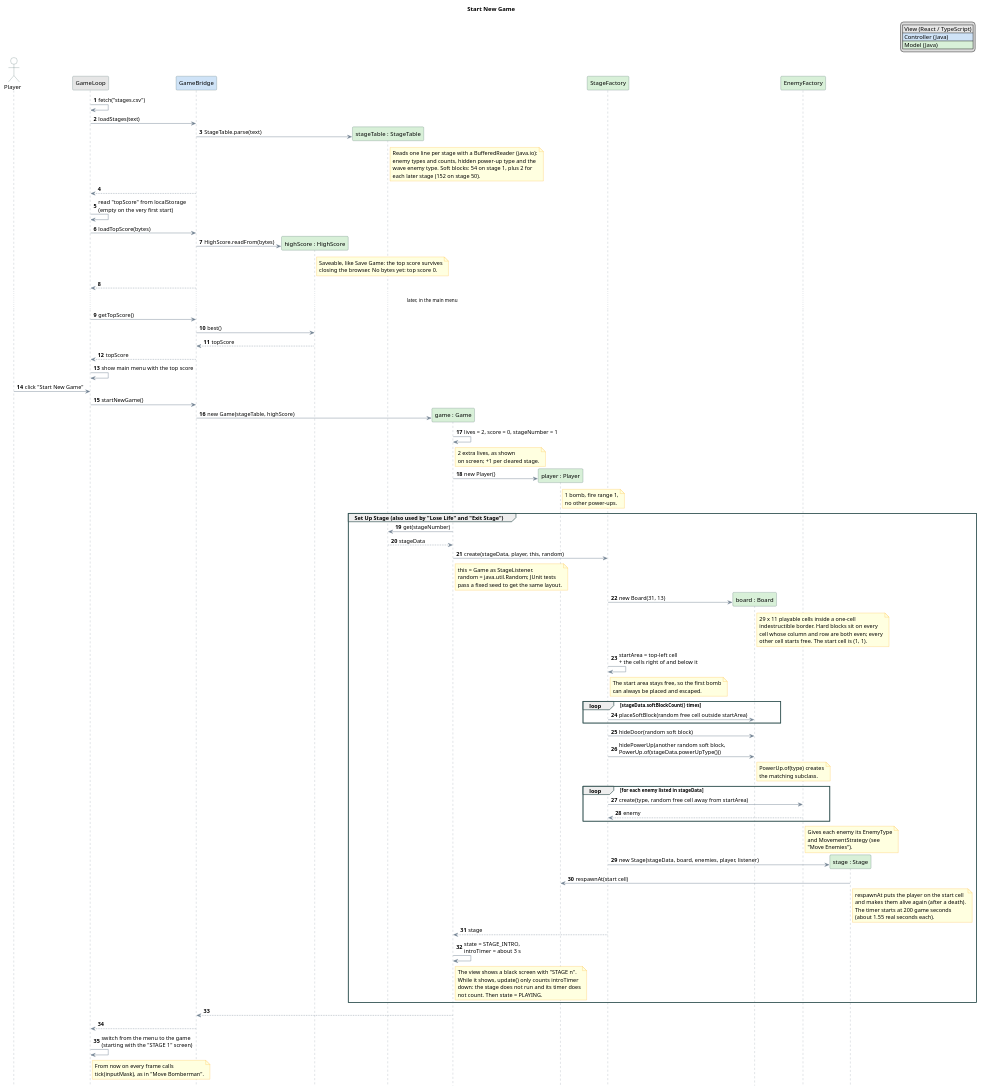
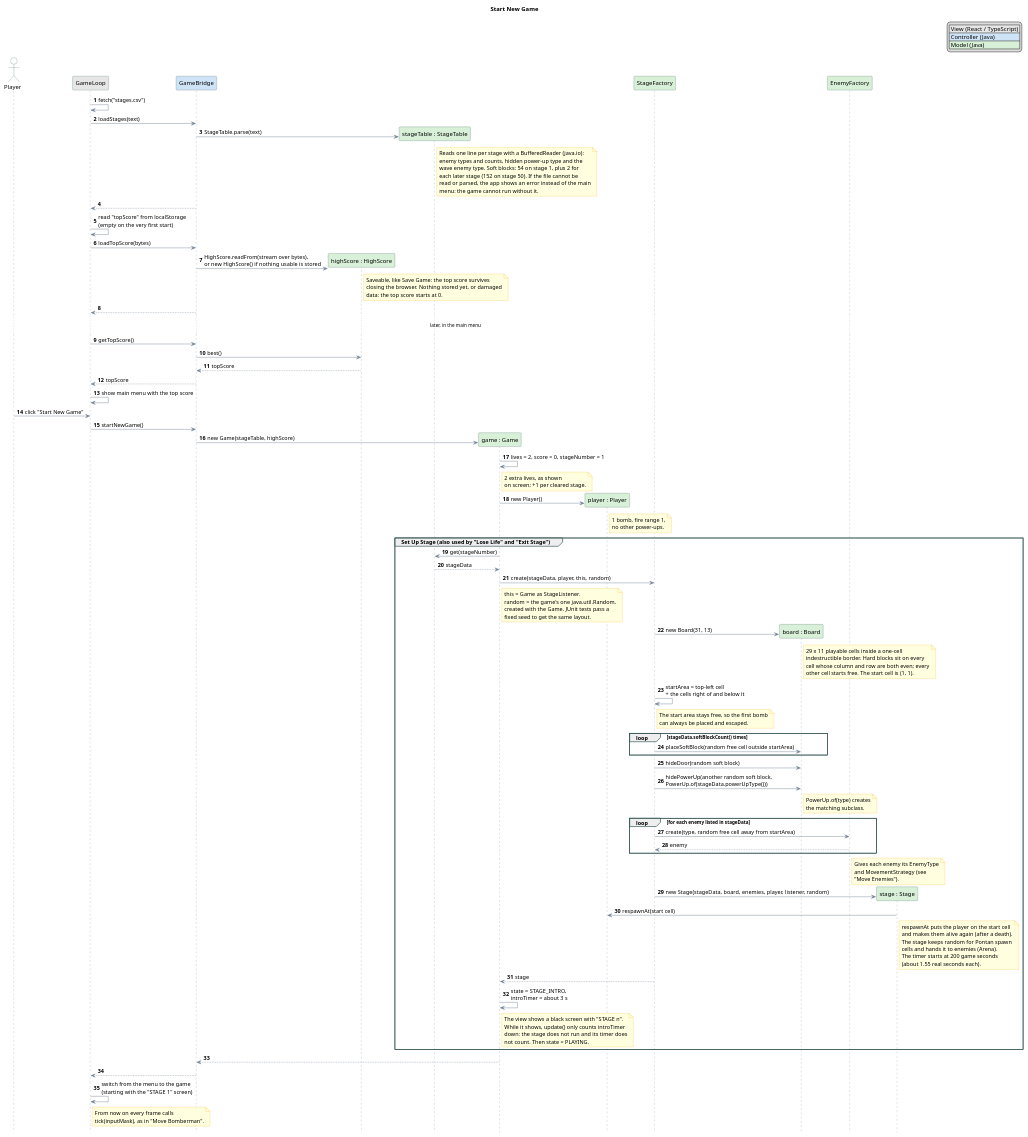
One commit to KamilDxD2/po2026 changed the diagram in projekt/uml/02-sekwencja-start-new-game.puml. Above: the diagram before and after it, drawn with PlantUML. The commit also changed 8 other files, not shown here.

Commit message:
All sequence diagrams finished

```diff
--- a/projekt/uml/02-sekwencja-start-new-game.puml
+++ b/projekt/uml/02-sekwencja-start-new-game.puml
@@ -1,164 +1,170 @@
 @startuml
 title Start New Game
 
 hide footbox
 
 legend top right
   |<#E6E6E6> View (React / TypeScript) |
   |<#CFE3F7> Controller (Java) |
   |<#D8F0D8> Model (Java) |
 endlegend
 autonumber
 
 skinparam ParticipantBackgroundColor LightCyan
 skinparam ParticipantBorderColor DarkSlateGray
 skinparam ActorBackgroundColor White
 skinparam ActorBorderColor DarkSlateGray
 skinparam ArrowColor SlateGray
 skinparam SequenceLifeLineBorderColor SlateGray
 skinparam SequenceGroupBorderColor DarkSlateGray
 skinparam DefaultFontName Arial
 skinparam note {
     BackgroundColor LightYellow
     BorderColor Orange
 }
 
 ' ==========================================
 ' Participants, coloured by MVC layer as in "Explode Bomb" (see legend).
 ' The "Set Up Stage" group is reused by "Lose Life" (restart with a
 ' new random layout) and "Exit Stage" (next stage).
 ' ==========================================
 actor "Player" as user
 
 participant "GameLoop" as view #E6E6E6
 
 participant "GameBridge" as bridge #CFE3F7
 
 participant "highScore : HighScore" as high #D8F0D8
 participant "stageTable : StageTable" as table #D8F0D8
 participant "game : Game" as game #D8F0D8
 participant "player : Player" as player #D8F0D8
 participant "StageFactory" as sfactory #D8F0D8
 participant "board : Board" as board #D8F0D8
 participant "EnemyFactory" as efactory #D8F0D8
 participant "stage : Stage" as stage #D8F0D8
 
 ' ==========================================
 ' Once, when the app starts: load the 50-stage table (I/O)
 ' ==========================================
 view -> view : fetch("stages.csv")
 view -> bridge : loadStages(text)
 create table
 bridge -> table : StageTable.parse(text)
 note right of table
   Reads one line per stage with a BufferedReader (java.io):
   enemy types and counts, hidden power-up type and the
   wave enemy type. Soft blocks: 54 on stage 1, plus 2 for
-  each later stage (152 on stage 50).
+  each later stage (152 on stage 50). If the file cannot be
+  read or parsed, the app shows an error instead of the main
+  menu: the game cannot run without it.
 end note
 bridge --> view
 view -> view : read "topScore" from localStorage\n(empty on the very first start)
 view -> bridge : loadTopScore(bytes)
 create high
-bridge -> high : HighScore.readFrom(bytes)
+bridge -> high : HighScore.readFrom(stream over bytes),\nor new HighScore() if nothing usable is stored
 note right of high
   Saveable, like Save Game: the top score survives
-  closing the browser. No bytes yet: top score 0.
+  closing the browser. Nothing stored yet, or damaged
+  data: the top score starts at 0.
 end note
 bridge --> view
 
 ... later, in the main menu ...
 
 view -> bridge : getTopScore()
 bridge -> high : best()
 high --> bridge : topScore
 bridge --> view : topScore
 view -> view : show main menu with the top score
 
 ' ==========================================
 ' The player starts a new game
 ' ==========================================
 user -> view : click "Start New Game"
 view -> bridge : startNewGame()
 
 create game
 bridge -> game : new Game(stageTable, highScore)
 game -> game : lives = 2, score = 0, stageNumber = 1
 note right of game : 2 extra lives, as shown\non screen; +1 per cleared stage.
 
 create player
 game -> player : new Player()
 note right of player : 1 bomb, fire range 1,\nno other power-ups.
 
 group Set Up Stage (also used by "Lose Life" and "Exit Stage")
     game -> table : get(stageNumber)
     table --> game : stageData
 
     game -> sfactory : create(stageData, player, this, random)
     note right of game
       this = Game as StageListener.
-      random = java.util.Random; JUnit tests
-      pass a fixed seed to get the same layout.
+      random = the game's one java.util.Random,
+      created with the Game. JUnit tests pass a
+      fixed seed to get the same layout.
     end note
 
     create board
     sfactory -> board : new Board(31, 13)
     note right of board
       29 x 11 playable cells inside a one-cell
       indestructible border. Hard blocks sit on every
       cell whose column and row are both even; every
       other cell starts free. The start cell is (1, 1).
     end note
 
     sfactory -> sfactory : startArea = top-left cell\n+ the cells right of and below it
     note right of sfactory
       The start area stays free, so the first bomb
       can always be placed and escaped.
     end note
 
     loop stageData.softBlockCount() times
         sfactory -> board : placeSoftBlock(random free cell outside startArea)
     end
 
     sfactory -> board : hideDoor(random soft block)
     sfactory -> board : hidePowerUp(another random soft block,\nPowerUp.of(stageData.powerUpType()))
     note right of board : PowerUp.of(type) creates\nthe matching subclass.
 
     loop for each enemy listed in stageData
         sfactory -> efactory : create(type, random free cell away from startArea)
         efactory --> sfactory : enemy
     end
     note right of efactory
       Gives each enemy its EnemyType
       and MovementStrategy (see
       "Move Enemies").
     end note
 
     create stage
-    sfactory -> stage : new Stage(stageData, board, enemies, player, listener)
+    sfactory -> stage : new Stage(stageData, board, enemies, player, listener, random)
     stage -> player : respawnAt(start cell)
     note right of stage
       respawnAt puts the player on the start cell
       and makes them alive again (after a death).
+      The stage keeps random for Pontan spawn
+      cells and hands it to enemies (Arena).
       The timer starts at 200 game seconds
       (about 1.55 real seconds each).
     end note
     sfactory --> game : stage
     game -> game : state = STAGE_INTRO,\nintroTimer = about 3 s
     note right of game
       The view shows a black screen with "STAGE n".
       While it shows, update() only counts introTimer
       down: the stage does not run and its timer does
       not count. Then state = PLAYING.
     end note
 end
 
 game --> bridge
 bridge --> view
 view -> view : switch from the menu to the game\n(starting with the "STAGE 1" screen)
 note right of view
   From now on every frame calls
   tick(inputMask), as in "Move Bomberman".
 end note
 
 @enduml
```
